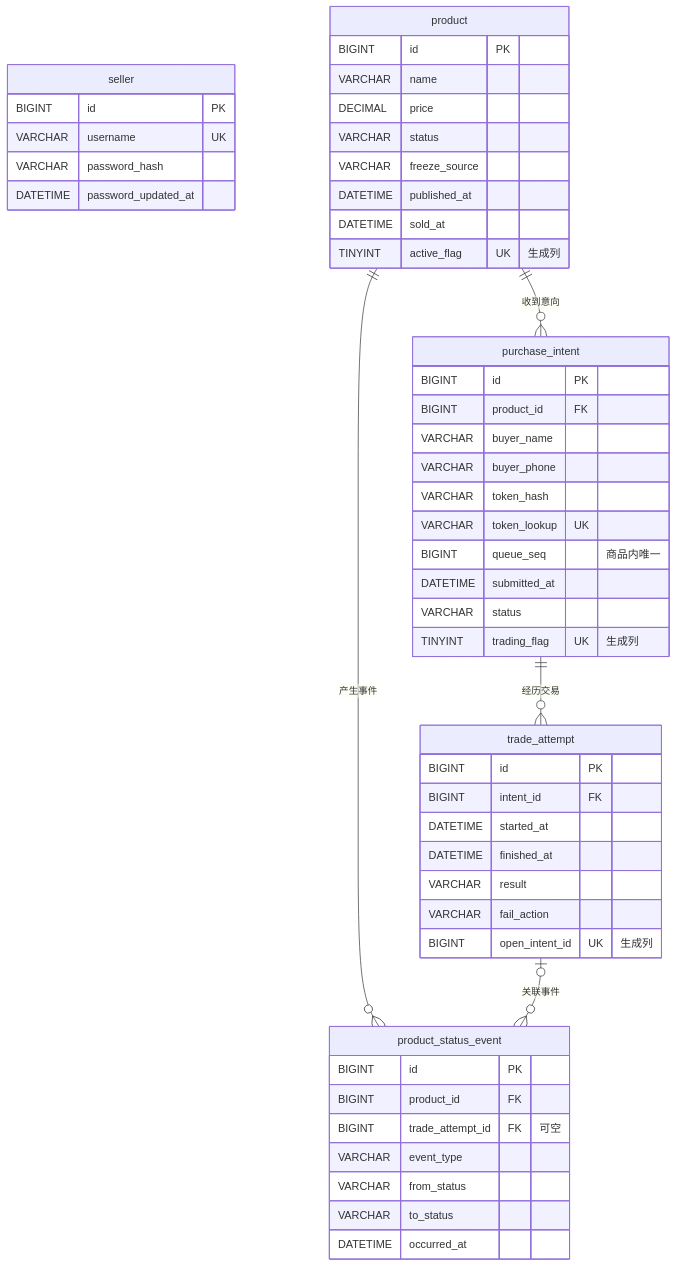
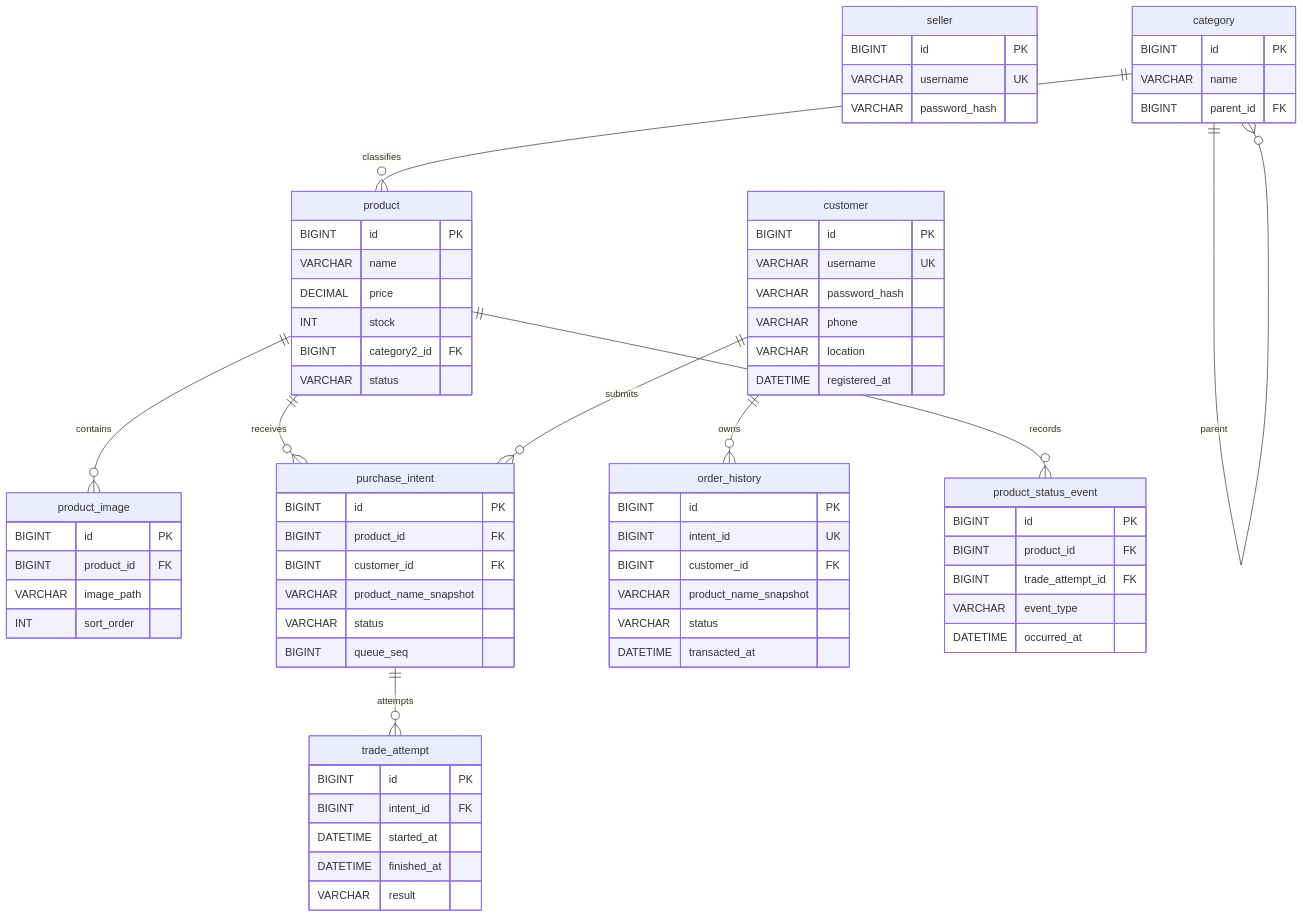
One commit to Wen5555/OxStore changed the diagram in docs/design/database.md. Above: the diagram before and after it, drawn with Mermaid. The commit also changed other lines of this file and 97 other files, not shown here.

````diff
--- a/docs/design/database.md
+++ b/docs/design/database.md
@@ -25,53 +23,73 @@
 ```mermaid
 erDiagram
     seller {
         BIGINT id PK
         VARCHAR username UK
         VARCHAR password_hash
-        DATETIME password_updated_at
+    }
+    customer {
+        BIGINT id PK
+        VARCHAR username UK
+        VARCHAR password_hash
+        VARCHAR phone
+        VARCHAR location
+        DATETIME registered_at
+    }
+    category {
+        BIGINT id PK
+        VARCHAR name
+        BIGINT parent_id FK
     }
     product {
         BIGINT id PK
         VARCHAR name
         DECIMAL price
+        INT stock
+        BIGINT category2_id FK
         VARCHAR status
-        VARCHAR freeze_source
-        DATETIME published_at
-        DATETIME sold_at
-        TINYINT active_flag UK "生成列"
+    }
+    product_image {
+        BIGINT id PK
+        BIGINT product_id FK
+        VARCHAR image_path
+        INT sort_order
     }
     purchase_intent {
         BIGINT id PK
         BIGINT product_id FK
-        VARCHAR buyer_name
-        VARCHAR buyer_phone
-        VARCHAR token_hash
-        VARCHAR token_lookup UK
-        BIGINT queue_seq "商品内唯一"
-        DATETIME submitted_at
+        BIGINT customer_id FK
+        VARCHAR product_name_snapshot
         VARCHAR status
-        TINYINT trading_flag UK "生成列"
+        BIGINT queue_seq
     }
     trade_attempt {
         BIGINT id PK
         BIGINT intent_id FK
         DATETIME started_at
         DATETIME finished_at
         VARCHAR result
-        VARCHAR fail_action
-        BIGINT open_intent_id UK "生成列"
+    }
+    order_history {
+        BIGINT id PK
+        BIGINT intent_id UK
+        BIGINT customer_id FK
+        VARCHAR product_name_snapshot
+        VARCHAR status
+        DATETIME transacted_at
     }
     product_status_event {
         BIGINT id PK
         BIGINT product_id FK
-        BIGINT trade_attempt_id FK "可空"
+        BIGINT trade_attempt_id FK
         VARCHAR event_type
-        VARCHAR from_status
-        VARCHAR to_status
         DATETIME occurred_at
     }
-    product ||--o{ purchase_intent : "收到意向"
-    purchase_intent ||--o{ trade_attempt : "经历交易"
-    product ||--o{ product_status_event : "产生事件"
-    trade_attempt |o--o{ product_status_event : "关联事件"
+    category ||--o{ category : parent
+    category ||--o{ product : classifies
+    product ||--o{ product_image : contains
+    product ||--o{ purchase_intent : receives
+    customer ||--o{ purchase_intent : submits
+    purchase_intent ||--o{ trade_attempt : attempts
+    customer ||--o{ order_history : owns
+    product ||--o{ product_status_event : records
 ```
````
